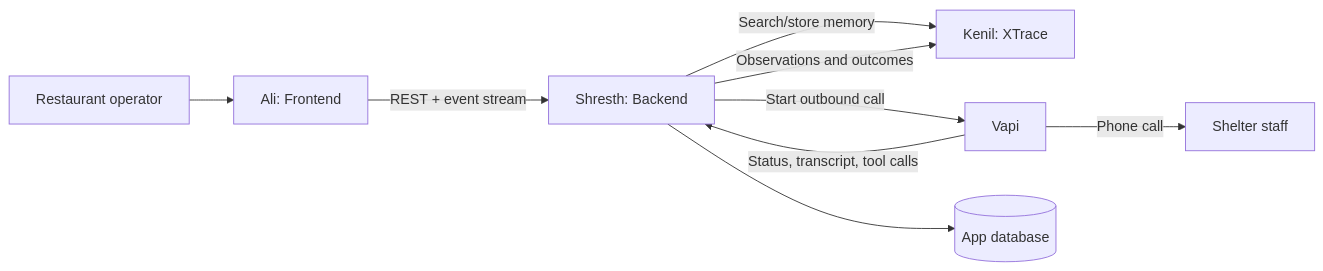
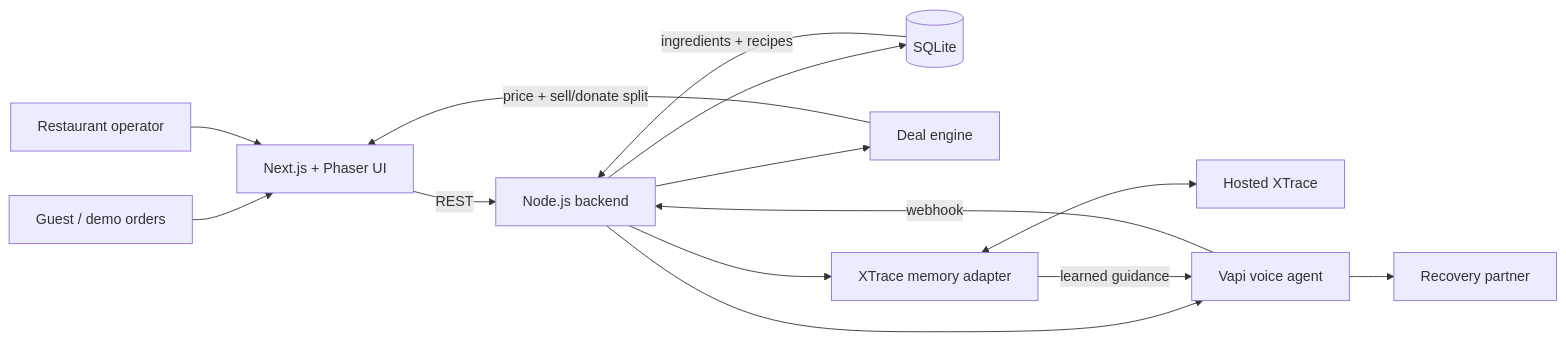
The second of 2 diagrams in README.md (2006-sk/FTrace), drawn with Mermaid before and after one commit. The commit also changed other lines of this file and 1 other file, not shown here.

````diff
--- a/README.md
+++ b/README.md
@@ -70,11 +215,17 @@
 ```mermaid
 flowchart LR
-    U["Restaurant operator"] --> FE["Ali: Frontend"]
-    FE -->|"REST + event stream"| BE["Shresth: Backend"]
-    BE -->|"Search/store memory"| XT["Kenil: XTrace"]
-    BE -->|"Start outbound call"| VA["Vapi"]
-    VA -->|"Phone call"| SH["Shelter staff"]
-    VA -->|"Status, transcript, tool calls"| BE
-    BE -->|"Observations and outcomes"| XT
-    BE --> DB[("App database")]
+    Guest["Guest / demo orders"] --> UI["Next.js + Phaser UI"]
+    Operator["Restaurant operator"] --> UI
+    UI -->|"REST"| API["Node.js backend"]
+    API --> DB[("SQLite")]
+    API --> Deal["Deal engine"]
+    API --> Memory["XTrace memory adapter"]
+    Memory <--> Hosted["Hosted XTrace"]
+    API --> Vapi["Vapi voice agent"]
+    Vapi --> Shelter["Recovery partner"]
+    Vapi -->|"webhook"| API
+
+    DB -->|"ingredients + recipes"| API
+    Deal -->|"price + sell/donate split"| UI
+    Memory -->|"learned guidance"| Vapi
 ```
````
